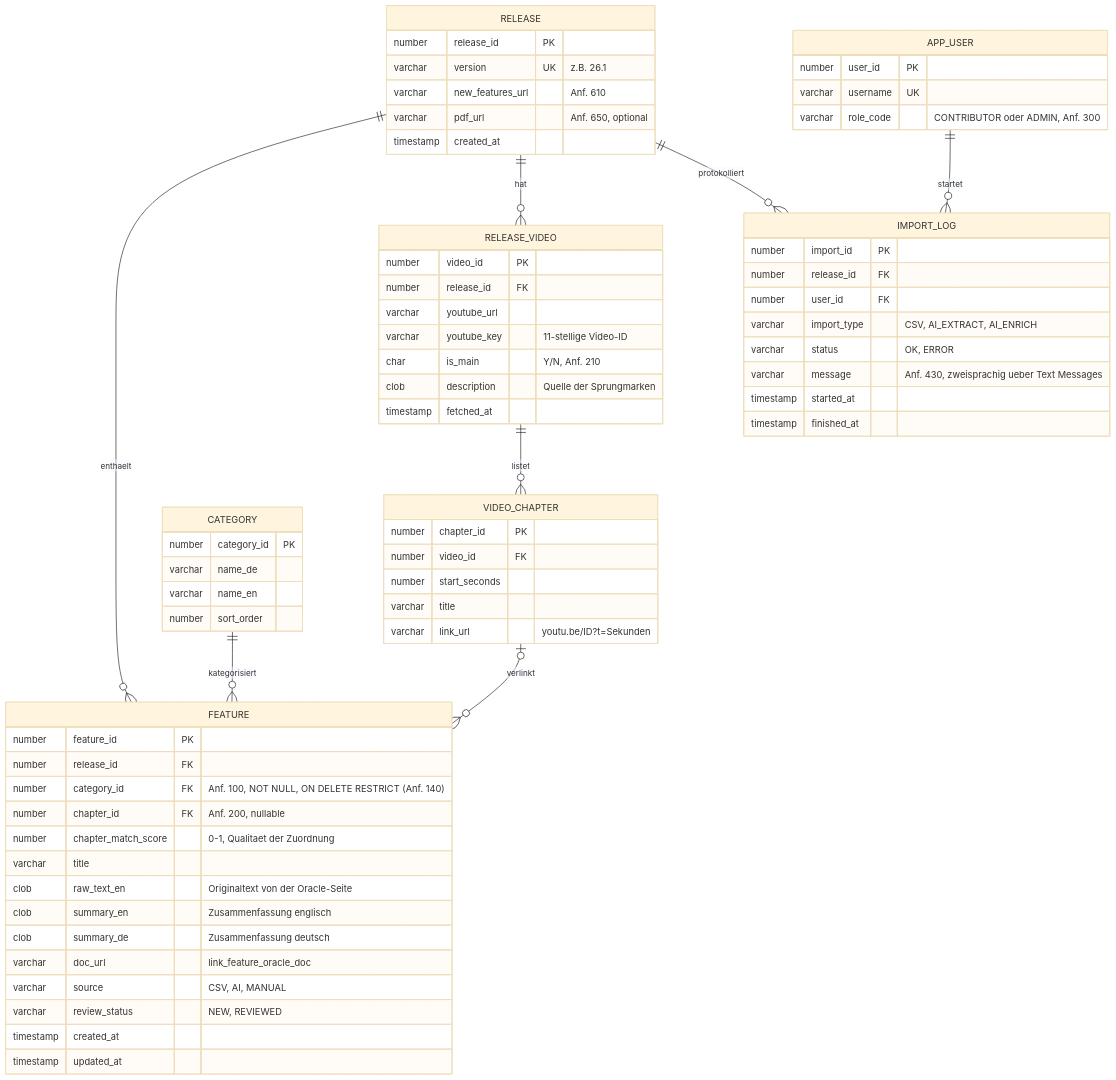
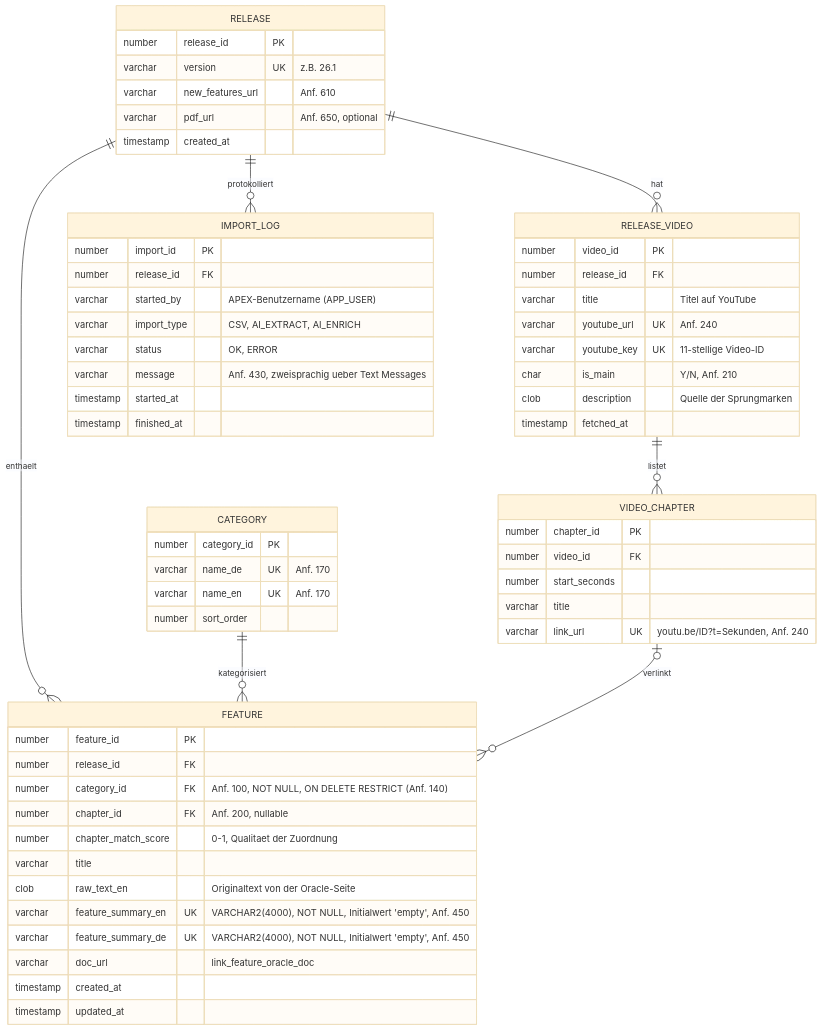
One commit to Nafets-Rezlop/apxnfo changed the diagram in er_model_nfo.md. Above: the diagram before and after it, drawn with Mermaid (base theme). The commit also changed other lines of this file and 32 other files, not shown here.

First line of the commit message:
Add NFO_SYS schema tests, uninstall script, and naming conventions documentation

````diff
--- a/er_model_nfo.md
+++ b/er_model_nfo.md
@@ -5,71 +5,64 @@
 ```mermaid
 erDiagram
     RELEASE ||--o{ FEATURE : enthaelt
     RELEASE ||--o{ RELEASE_VIDEO : hat
     RELEASE ||--o{ IMPORT_LOG : protokolliert
     RELEASE_VIDEO ||--o{ VIDEO_CHAPTER : listet
     CATEGORY ||--o{ FEATURE : kategorisiert
     VIDEO_CHAPTER |o--o{ FEATURE : verlinkt
-    APP_USER ||--o{ IMPORT_LOG : startet
 
     RELEASE {
         number release_id PK
         varchar version UK "z.B. 26.1"
         varchar new_features_url "Anf. 610"
         varchar pdf_url "Anf. 650, optional"
         timestamp created_at
     }
     CATEGORY {
         number category_id PK
-        varchar name_de
-        varchar name_en
+        varchar name_de UK "Anf. 170"
+        varchar name_en UK "Anf. 170"
         number sort_order
     }
     FEATURE {
         number feature_id PK
         number release_id FK
         number category_id FK "Anf. 100, NOT NULL, ON DELETE RESTRICT (Anf. 140)"
         number chapter_id FK "Anf. 200, nullable"
         number chapter_match_score "0-1, Qualitaet der Zuordnung"
         varchar title
         clob raw_text_en "Originaltext von der Oracle-Seite"
-        clob summary_en "Zusammenfassung englisch"
-        clob summary_de "Zusammenfassung deutsch"
+        varchar feature_summary_en UK "VARCHAR2(4000), NOT NULL, Initialwert 'empty', Anf. 450"
+        varchar feature_summary_de UK "VARCHAR2(4000), NOT NULL, Initialwert 'empty', Anf. 450"
         varchar doc_url "link_feature_oracle_doc"
-        varchar source "CSV, AI, MANUAL"
-        varchar review_status "NEW, REVIEWED"
         timestamp created_at
         timestamp updated_at
     }
     RELEASE_VIDEO {
         number video_id PK
         number release_id FK
-        varchar youtube_url
-        varchar youtube_key "11-stellige Video-ID"
+        varchar title "Titel auf YouTube"
+        varchar youtube_url UK "Anf. 240"
+        varchar youtube_key UK "11-stellige Video-ID"
         char is_main "Y/N, Anf. 210"
         clob description "Quelle der Sprungmarken"
         timestamp fetched_at
     }
     VIDEO_CHAPTER {
         number chapter_id PK
         number video_id FK
         number start_seconds
         varchar title
-        varchar link_url "youtu.be/ID?t=Sekunden"
-    }
-    APP_USER {
-        number user_id PK
-        varchar username UK
-        varchar role_code "CONTRIBUTOR oder ADMIN, Anf. 300"
+        varchar link_url UK "youtu.be/ID?t=Sekunden, Anf. 240"
     }
     IMPORT_LOG {
         number import_id PK
         number release_id FK
-        number user_id FK
+        varchar started_by "APEX-Benutzername (APP_USER)"
         varchar import_type "CSV, AI_EXTRACT, AI_ENRICH"
         varchar status "OK, ERROR"
         varchar message "Anf. 430, zweisprachig ueber Text Messages"
         timestamp started_at
         timestamp finished_at
     }
 ```
````
